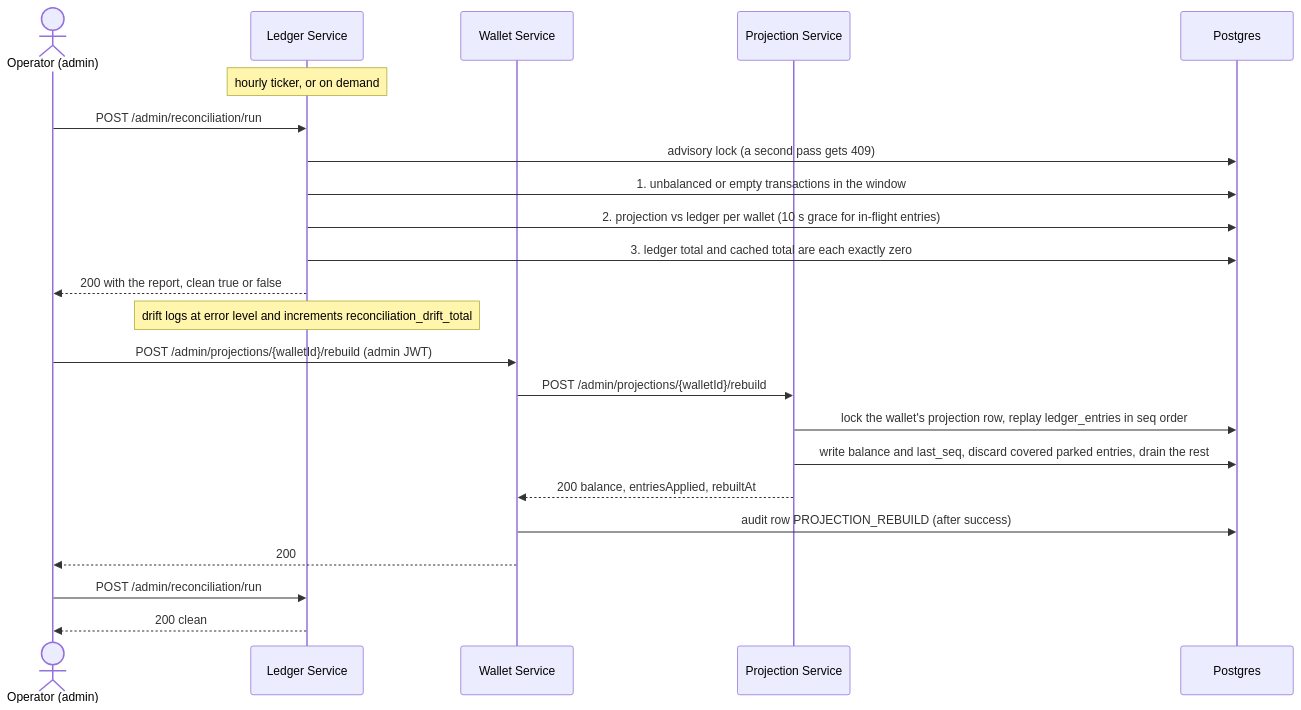
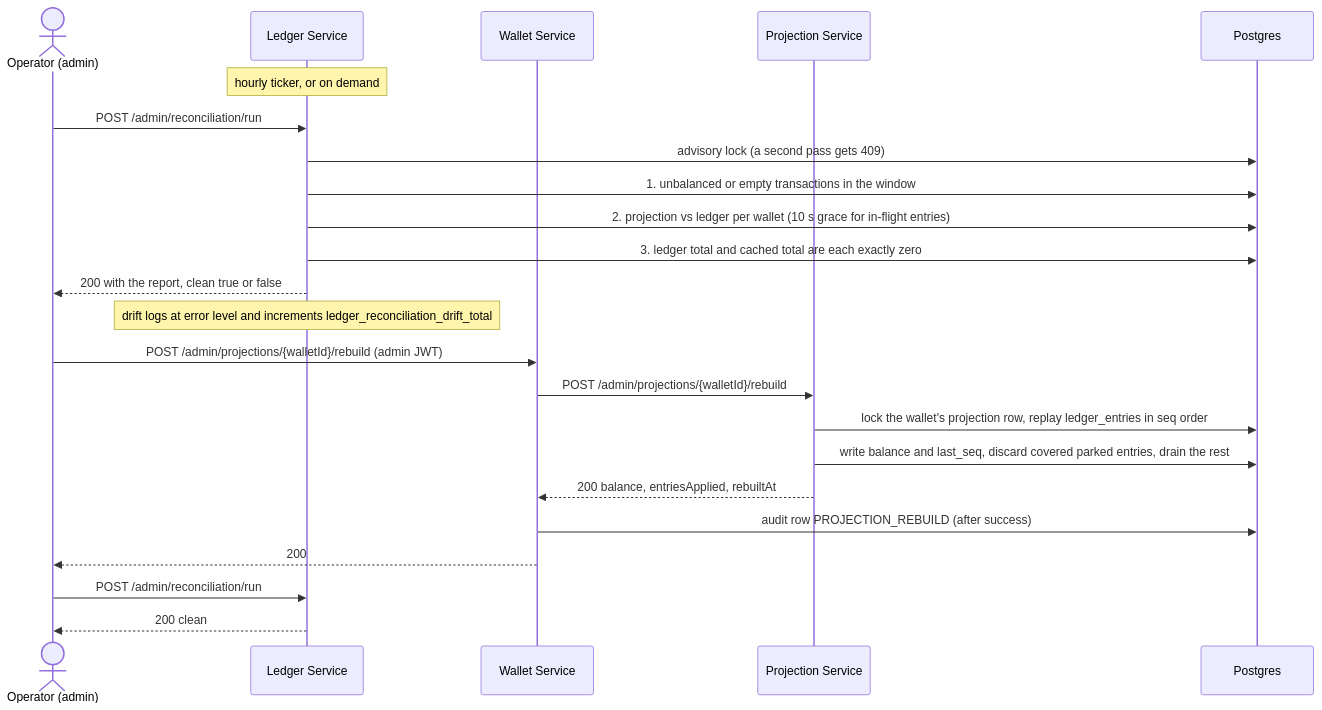
The fourth of 4 diagrams in docs/architecture/data-flow.md (HBortolim/ledger-platform), drawn with Mermaid before and after one commit. The commit also changed 6 other files, not shown here.

````diff
--- a/docs/architecture/data-flow.md
+++ b/docs/architecture/data-flow.md
@@ -150,27 +150,27 @@
 ```mermaid
 sequenceDiagram
     actor Op as Operator (admin)
     participant L as Ledger Service
     participant W as Wallet Service
     participant P as Projection Service
     participant DB as Postgres
 
     Note over L: hourly ticker, or on demand
     Op->>L: POST /admin/reconciliation/run
     L->>DB: advisory lock (a second pass gets 409)
     L->>DB: 1. unbalanced or empty transactions in the window
     L->>DB: 2. projection vs ledger per wallet (10 s grace for in-flight entries)
     L->>DB: 3. ledger total and cached total are each exactly zero
     L-->>Op: 200 with the report, clean true or false
-    Note over L: drift logs at error level and increments reconciliation_drift_total
+    Note over L: drift logs at error level and increments ledger_reconciliation_drift_total
 
     Op->>W: POST /admin/projections/{walletId}/rebuild (admin JWT)
     W->>P: POST /admin/projections/{walletId}/rebuild
     P->>DB: lock the wallet's projection row, replay ledger_entries in seq order
     P->>DB: write balance and last_seq, discard covered parked entries, drain the rest
     P-->>W: 200 balance, entriesApplied, rebuiltAt
     W->>DB: audit row PROJECTION_REBUILD (after success)
     W-->>Op: 200
     Op->>L: POST /admin/reconciliation/run
     L-->>Op: 200 clean
 ```
````
